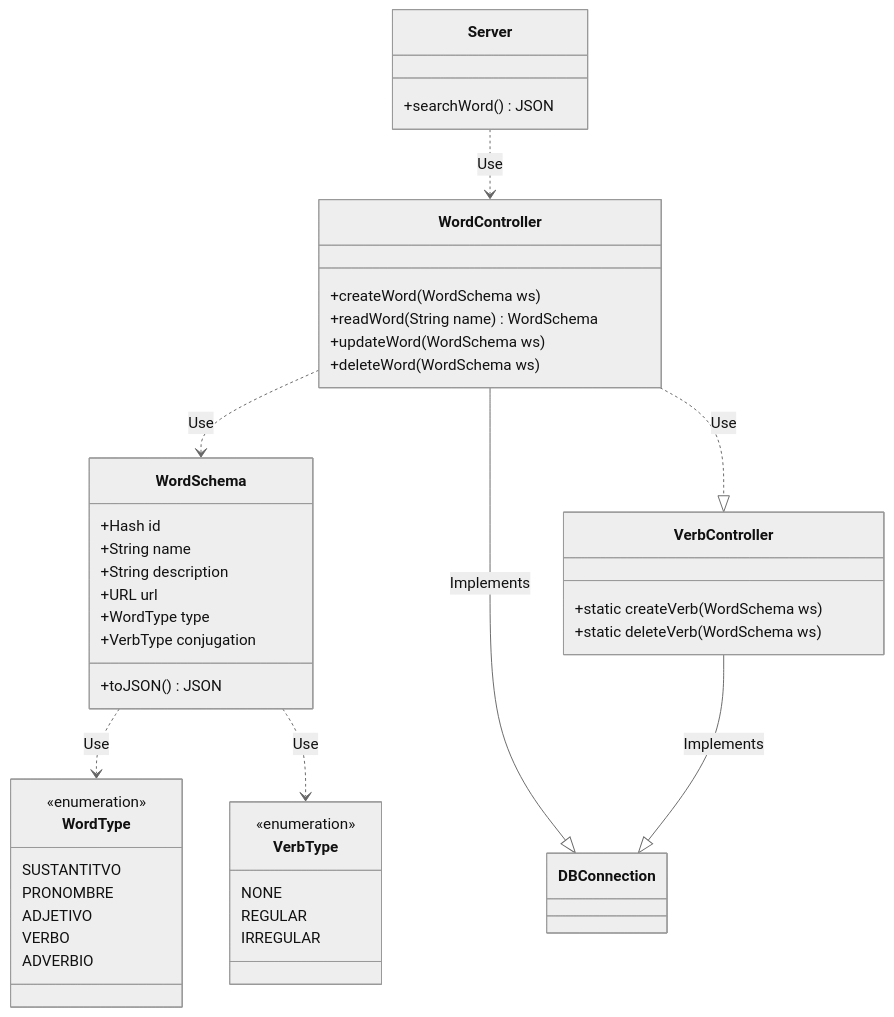
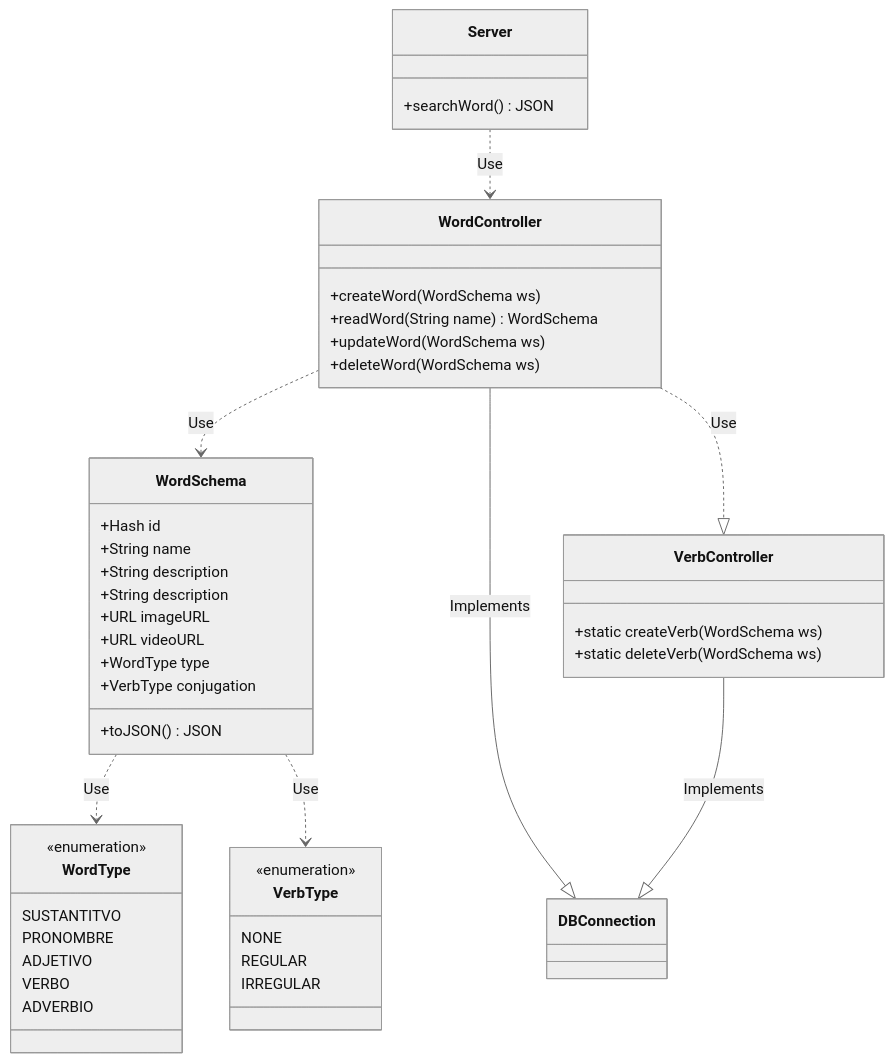
Before and after one commit to Zait06/DictionaryLSM: the diagram in diagrams/Classes.md, drawn with Mermaid (neutral theme). The commit also changed 2 other files, not shown here.

Commit message:
Diagrams

````diff
--- a/diagrams/Classes.md
+++ b/diagrams/Classes.md
@@ -5,53 +5,55 @@
 ```mermaid
 classDiagram
 
 WordSchema ..> WordType: Use
 WordSchema ..> VerbType: Use
 WordController ..> WordSchema: Use
 WordController --|> DBConnection: Implements
 VerbController --|> DBConnection: Implements
 WordController ..|> VerbController: Use
 Server ..> WordController: Use
 
 class WordType {
     <<enumeration>>
     SUSTANTITVO
     PRONOMBRE
     ADJETIVO
     VERBO
     ADVERBIO
 }
 
 class VerbType {
     <<enumeration>>
     NONE
     REGULAR
     IRREGULAR
 }
 
 class WordSchema {
     +Hash id 
     +String name
     +String description
-    +URL url
+    +String description
+    +URL imageURL
+    +URL videoURL
     +WordType type
     +VerbType conjugation
     +toJSON() JSON
 }
 
 class WordController {
     +createWord(WordSchema ws)
     +readWord(String name) WordSchema
     +updateWord(WordSchema ws)
     +deleteWord(WordSchema ws)
 }
 
 class VerbController {
     +static createVerb(WordSchema ws)
     +static deleteVerb(WordSchema ws)
 }
 
 class Server {
     +searchWord() JSON
 }
 ```
````
